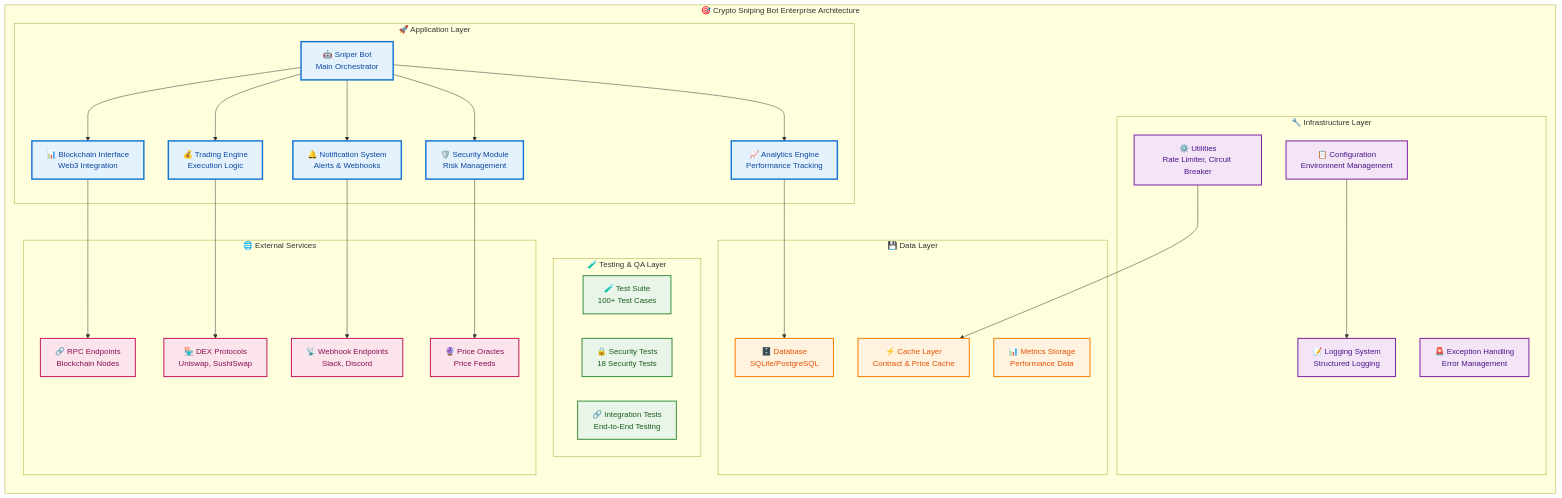
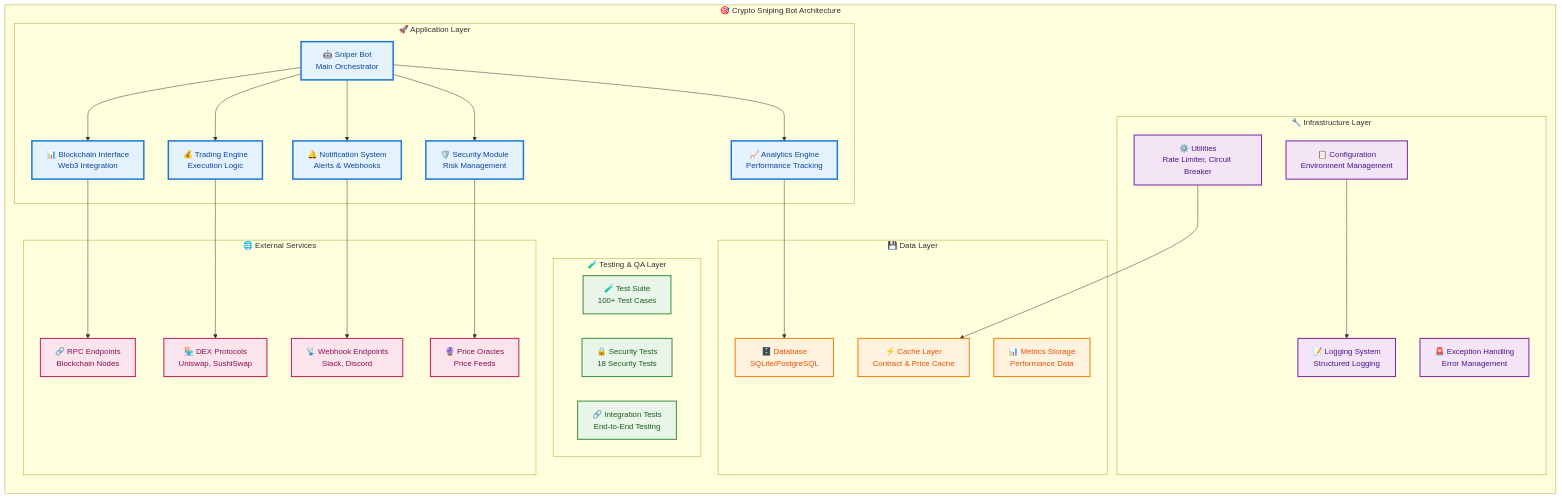
One commit to aljazfrancic/crypto-sniping-bot changed the diagram in docs/architecture.md. Above: the diagram before and after it, drawn with Mermaid. The commit also changed other lines of this file and 12 other files, not shown here.

````diff
--- a/docs/architecture.md
+++ b/docs/architecture.md
@@ -16,63 +16,63 @@
 ```mermaid
 graph TB
-    subgraph "🎯 Crypto Sniping Bot Enterprise Architecture"
+    subgraph "🎯 Crypto Sniping Bot Architecture"
         direction TB
 
         subgraph "🚀 Application Layer"
             SNIPER["🤖 Sniper Bot<br/>Main Orchestrator"]
             SNIPER --> BLOCKCHAIN["📊 Blockchain Interface<br/>Web3 Integration"]
             SNIPER --> TRADING["💰 Trading Engine<br/>Execution Logic"]
             SNIPER --> SECURITY["🛡️ Security Module<br/>Risk Management"]
             SNIPER --> ANALYTICS["📈 Analytics Engine<br/>Performance Tracking"]
             SNIPER --> NOTIFICATIONS["🔔 Notification System<br/>Alerts & Webhooks"]
         end
 
         subgraph "🔧 Infrastructure Layer"
             UTILS["⚙️ Utilities<br/>Rate Limiter, Circuit Breaker"]
             CONFIG["📋 Configuration<br/>Environment Management"]
             EXCEPTIONS["🚨 Exception Handling<br/>Error Management"]
             LOGGING["📝 Logging System<br/>Structured Logging"]
         end
 
         subgraph "🧪 Testing & QA Layer"
             TESTS["🧪 Test Suite<br/>100+ Test Cases"]
             SECURITY_TESTS["🔒 Security Tests<br/>18 Security Tests"]
             INTEGRATION_TESTS["🔗 Integration Tests<br/>End-to-End Testing"]
         end
 
         subgraph "💾 Data Layer"
             DATABASE["🗄️ Database<br/>SQLite/PostgreSQL"]
             CACHE["⚡ Cache Layer<br/>Contract & Price Cache"]
             METRICS["📊 Metrics Storage<br/>Performance Data"]
         end
 
         subgraph "🌐 External Services"
             RPC["🔗 RPC Endpoints<br/>Blockchain Nodes"]
             DEXES["🏪 DEX Protocols<br/>Uniswap, SushiSwap"]
             WEBHOOKS["📡 Webhook Endpoints<br/>Slack, Discord"]
             ORACLES["🔮 Price Oracles<br/>Price Feeds"]
         end
     end
 
     %% Connections
     BLOCKCHAIN --> RPC
     TRADING --> DEXES
     NOTIFICATIONS --> WEBHOOKS
     ANALYTICS --> DATABASE
     SECURITY --> ORACLES
     UTILS --> CACHE
     CONFIG --> LOGGING
 
     %% Styling
     classDef appLayer fill:#e3f2fd,stroke:#1976d2,stroke-width:3px,color:#0d47a1
     classDef infraLayer fill:#f3e5f5,stroke:#7b1fa2,stroke-width:2px,color:#4a148c
     classDef testLayer fill:#e8f5e8,stroke:#388e3c,stroke-width:2px,color:#1b5e20
     classDef dataLayer fill:#fff3e0,stroke:#f57c00,stroke-width:2px,color:#e65100
     classDef externalLayer fill:#fce4ec,stroke:#c2185b,stroke-width:2px,color:#880e4f
 
     class SNIPER,BLOCKCHAIN,TRADING,SECURITY,ANALYTICS,NOTIFICATIONS appLayer
     class UTILS,CONFIG,EXCEPTIONS,LOGGING infraLayer
     class TESTS,SECURITY_TESTS,INTEGRATION_TESTS testLayer
     class DATABASE,CACHE,METRICS dataLayer
     class RPC,DEXES,WEBHOOKS,ORACLES externalLayer
 ```
````
